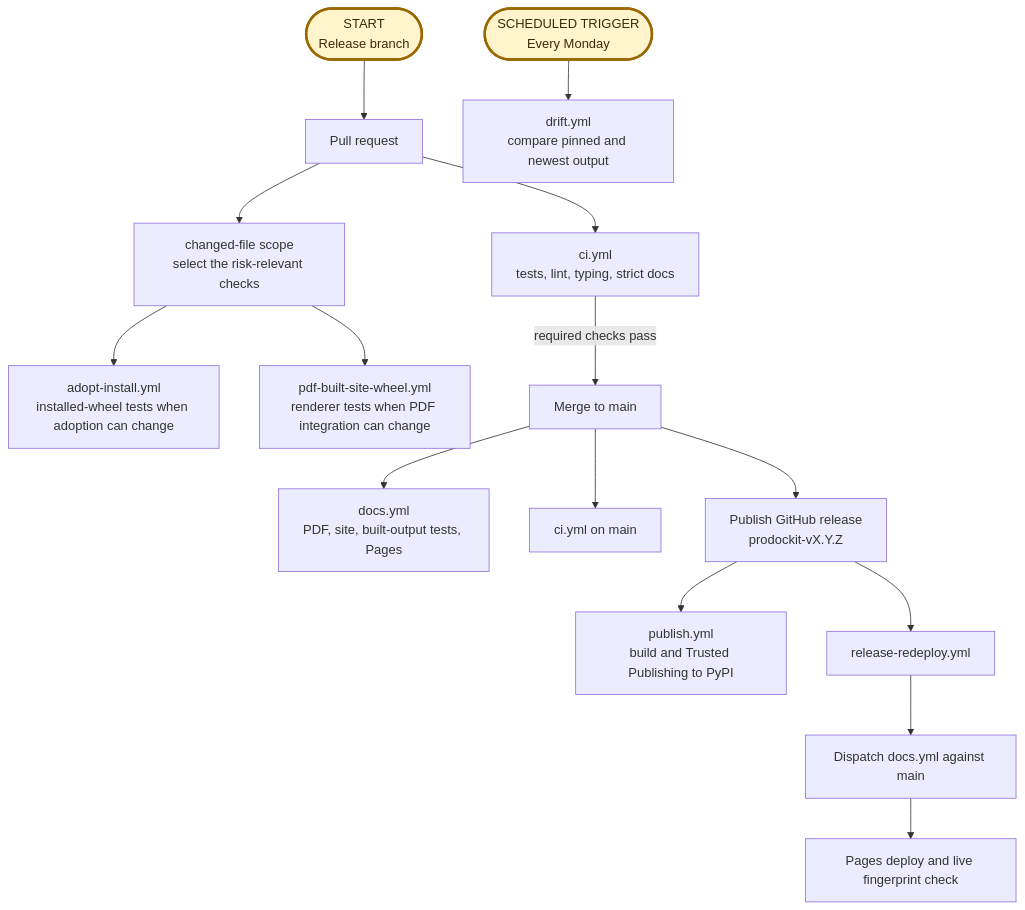
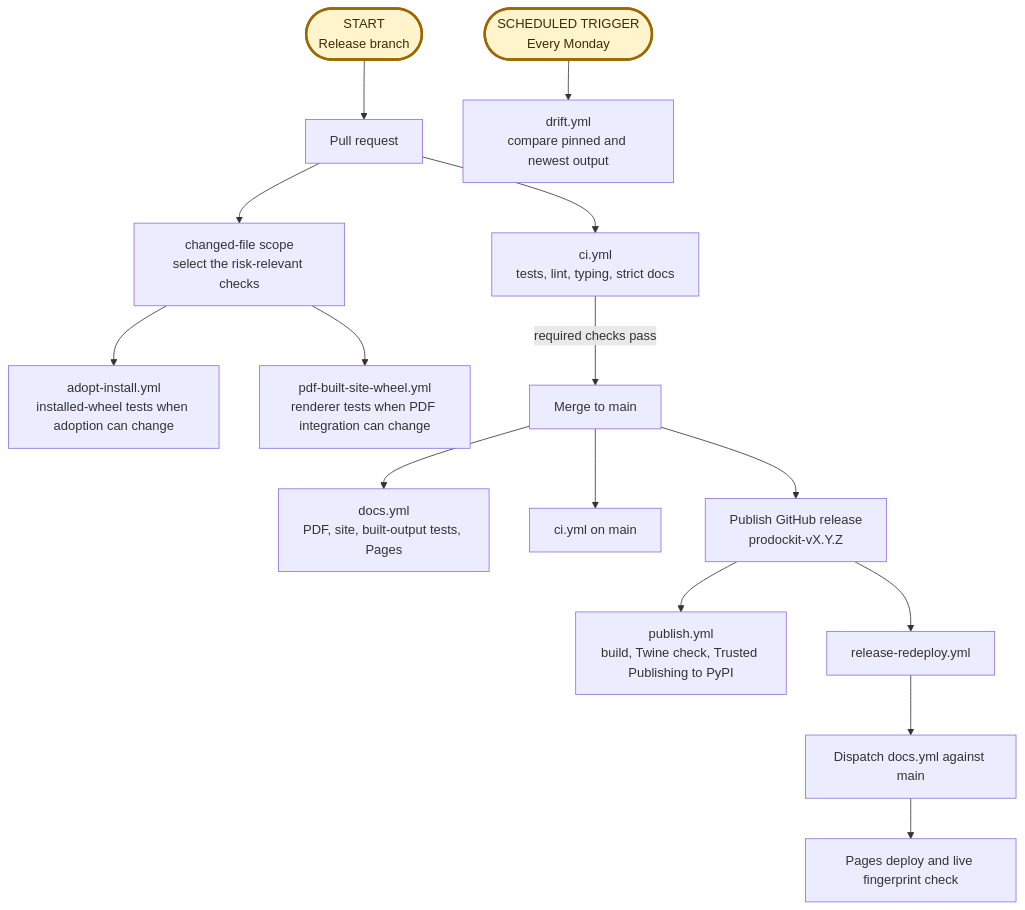
The diagram in docs/devcons/releasing.md (buckwem/prodockit-extensions), drawn with Mermaid before and after one commit. The commit also changed other lines of this file and 3 other files, not shown here.

````diff
--- a/docs/devcons/releasing.md
+++ b/docs/devcons/releasing.md
@@ -25,19 +25,19 @@
 ```mermaid
 flowchart TD
     branch([START<br>Release branch]):::entry --> pr[Pull request]
     pr --> ci[ci.yml<br>tests, lint, typing, strict docs]
     pr --> scope[changed-file scope<br>select the risk-relevant checks]
     scope --> adopt[adopt-install.yml<br>installed-wheel tests when adoption can change]
     scope --> pdfsite[pdf-built-site-wheel.yml<br>renderer tests when PDF integration can change]
     ci -->|required checks pass| merge[Merge to main]
     merge --> docs[docs.yml<br>PDF, site, built-output tests, Pages]
     merge --> mainci[ci.yml on main]
     merge --> release[Publish GitHub release<br>prodockit-vX.Y.Z]
-    release --> pypi[publish.yml<br>build and Trusted Publishing to PyPI]
+    release --> pypi[publish.yml<br>build, Twine check, Trusted Publishing to PyPI]
     release --> redeploy[release-redeploy.yml]
     redeploy --> dispatch[Dispatch docs.yml against main]
     dispatch --> live[Pages deploy and live fingerprint check]
     schedule([SCHEDULED TRIGGER<br>Every Monday]):::entry --> drift[drift.yml<br>compare pinned and newest output]
 
     classDef entry fill:#fff4cc,stroke:#9a6700,stroke-width:3px,color:#3d2b00
 ```
````
